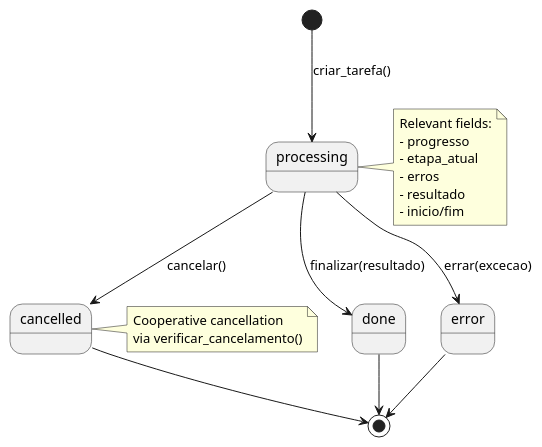
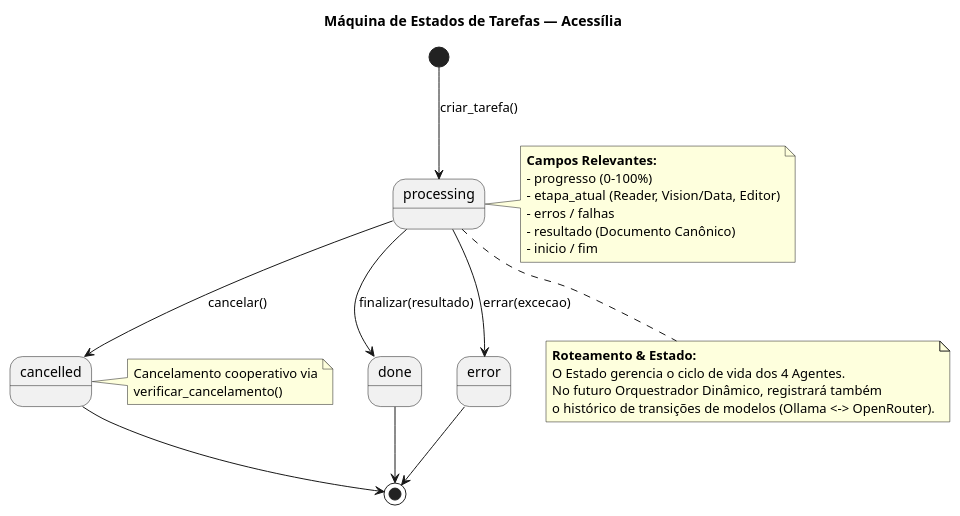
Before and after one commit to A11yDevs/acessilia: the diagram in docs/state_machine/task_state_machine.puml, drawn with PlantUML. The commit also changed 22 other files, not shown here.

```diff
--- a/docs/state_machine/task_state_machine.puml
+++ b/docs/state_machine/task_state_machine.puml
@@ -1,28 +1,37 @@
-@startuml
+@startuml task_state_machine
 skinparam shadowing false
+
+title Máquina de Estados de Tarefas — Acessília
 
 [*] --> processing : criar_tarefa()
 
 processing --> done : finalizar(resultado)
 processing --> error : errar(excecao)
 processing --> cancelled : cancelar()
 
 error --> [*]
 done --> [*]
 cancelled --> [*]
 
 note right of processing
-Relevant fields:
-- progresso
-- etapa_atual
-- erros
-- resultado
-- inicio/fim
+  <b>Campos Relevantes:</b>
+  - progresso (0-100%)
+  - etapa_atual (Reader, Vision/Data, Editor)
+  - erros / falhas
+  - resultado (Documento Canônico)
+  - inicio / fim
 end note
 
 note right of cancelled
-Cooperative cancellation
-via verificar_cancelamento()
+  Cancelamento cooperativo via
+  verificar_cancelamento()
+end note
+
+note bottom of processing
+  <b>Roteamento & Estado:</b>
+  O Estado gerencia o ciclo de vida dos 4 Agentes.
+  No futuro Orquestrador Dinâmico, registrará também
+  o histórico de transições de modelos (Ollama <-> OpenRouter).
 end note
 
 @enduml
```
